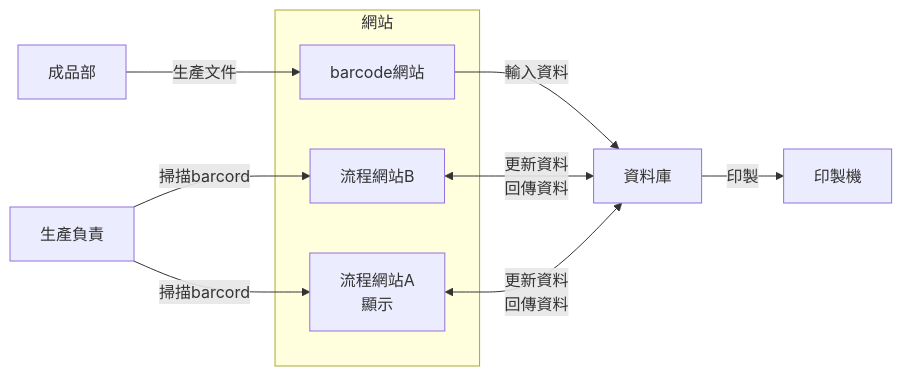
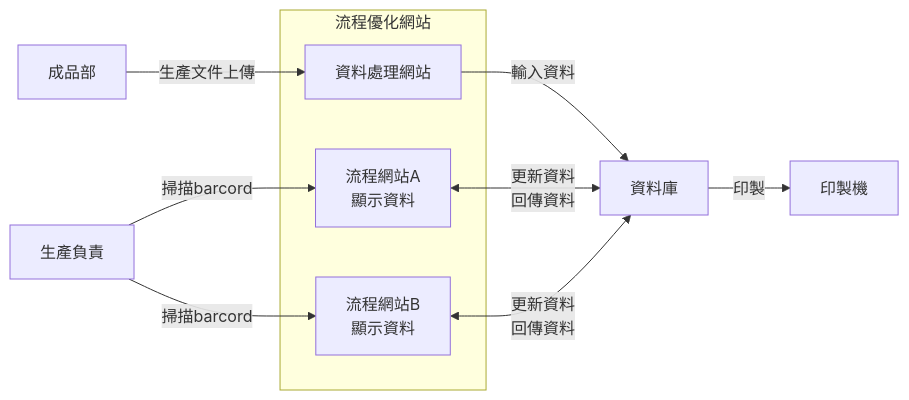
Before and after one commit to ericchou42/OptimizationFlow: the second of 2 diagrams in README.md, drawn with Mermaid. The commit also changed other lines of this file, not shown here.

````diff
--- a/README.md
+++ b/README.md
@@ -18,24 +21,24 @@
 ```mermaid
 graph LR;
-subgraph "網站"
+subgraph "流程優化網站"
     B
     E
     F
 end
 
 A[成品部]
-B[barcode網站]
+B[資料處理網站]
 C[資料庫]
 D[生產負責]
-E[流程網站A<br>顯示]
-F[流程網站B]
+E[流程網站B<br>顯示資料]
+F[流程網站A<br>顯示資料]
 G[印製機]
 
-A-->|生產文件|B
+A-->|生產文件上傳|B
 B-->|輸入資料|C
 D-->|掃描barcord|E
 D-->|掃描barcord|F
 F<-->|更新資料<br>回傳資料|C
 E<-->|更新資料<br>回傳資料|C
 C-->|印製|G
 ```
````
